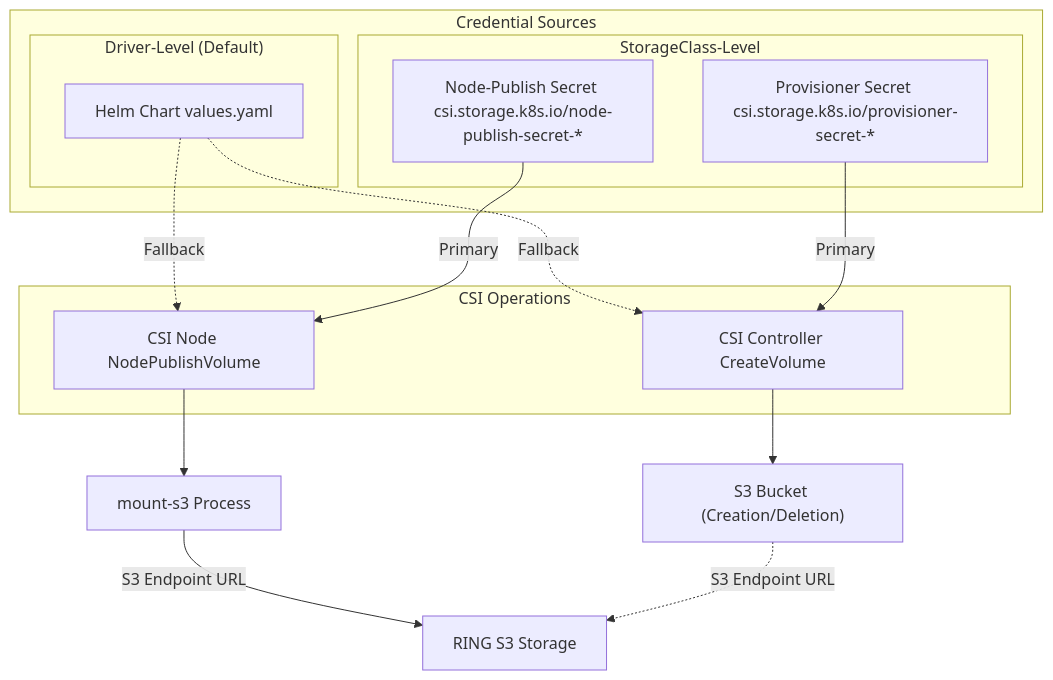
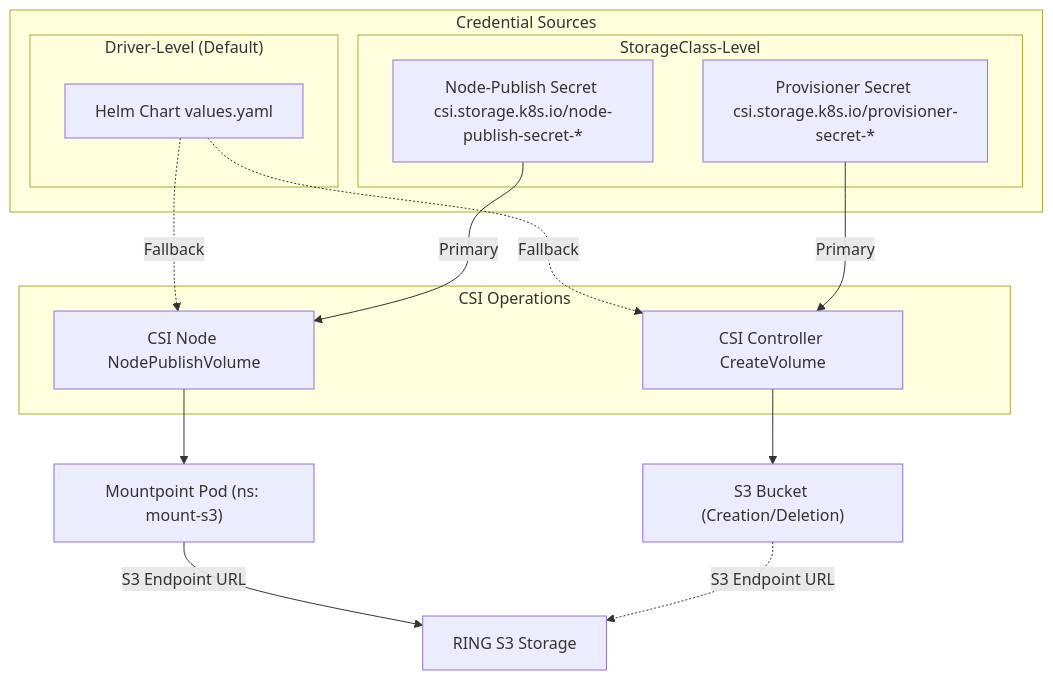
The diagram in docs/architecture/ring-s3-credentials-management/dynamic-provisioning-credentials-management.md (scality/mountpoint-s3-csi-driver), drawn with Mermaid before and after one commit. The commit also changed 4 other files, not shown here.

````diff
--- a/docs/architecture/ring-s3-credentials-management/dynamic-provisioning-credentials-management.md
+++ b/docs/architecture/ring-s3-credentials-management/dynamic-provisioning-credentials-management.md
@@ -9,35 +9,35 @@
 ```mermaid
 graph TB
     subgraph credentials["Credential Sources"]
         subgraph driver["Driver-Level (Default)"]
             HelmChart["Helm Chart values.yaml"]
         end
 
         subgraph storageclass["StorageClass-Level"]
             SCProvSecret["Provisioner Secret csi.storage.k8s.io/provisioner-secret-*"]
             SCNodeSecret["Node-Publish Secret csi.storage.k8s.io/node-publish-secret-*"]
         end
     end
 
     subgraph operations["CSI Operations"]
         Controller["CSI Controller CreateVolume"]
         Node["CSI Node NodePublishVolume"]
     end
 
     S3Bucket["S3 Bucket (Creation/Deletion)"]
-    MP["mount-s3 Process"]
+    MP["Mountpoint Pod (ns: mount-s3)"]
     S3Storage["RING S3 Storage"]
 
     %% Credential flow to operations
     HelmChart -.->|"Fallback"| Controller
     HelmChart -.->|"Fallback"| Node
     SCProvSecret -->|"Primary"| Controller
     SCNodeSecret -->|"Primary"| Node
 
     %% Operation flow
     Controller --> S3Bucket
     Node --> MP
     MP -->|"S3 Endpoint URL"| S3Storage
     S3Bucket -.->|"S3 Endpoint URL"| S3Storage
 
 ```
````
